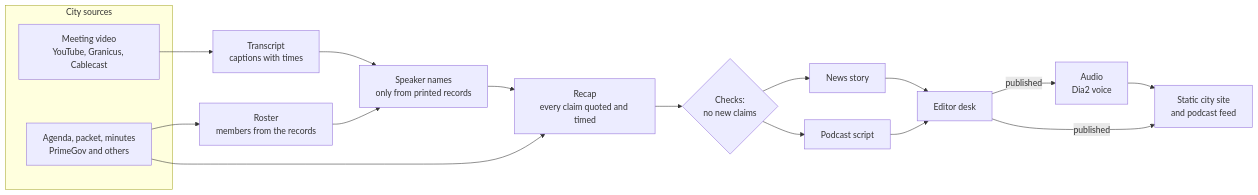
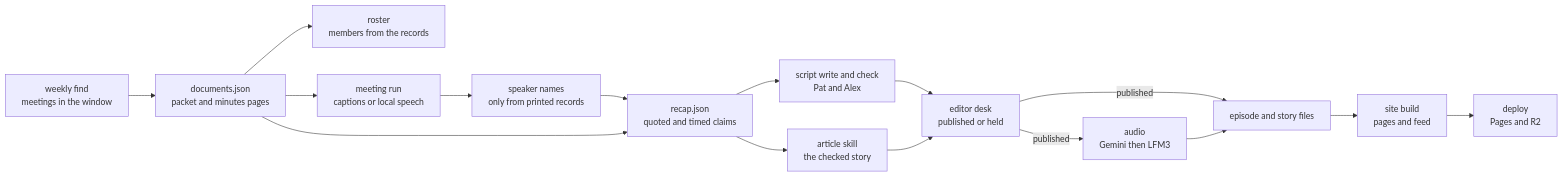
The second of 10 diagrams in docs/user-manual.md (scottconverse/civiccast-brief), drawn with Mermaid before and after one commit. The commit also changed other lines of this file and 14 other files, not shown here.

First line of the commit message:
docs: release 0.4.0 with updated manuals, diagrams and page (#139)

````diff
--- a/docs/user-manual.md
+++ b/docs/user-manual.md
@@ -312,21 +430,31 @@
 ```mermaid
 flowchart LR
-    subgraph Sources["City sources"]
-        V[Meeting video<br/>YouTube, Granicus, Cablecast]
-        D[Agenda, packet, minutes<br/>PrimeGov and others]
-    end
-    V --> T[Transcript<br/>captions with times]
-    D --> R2[Roster<br/>members from the records]
-    R2 --> S[Speaker names<br/>only from printed records]
-    T --> S
-    S --> RC[Recap<br/>every claim quoted and timed]
+    F["weekly find<br/>meetings in the window"]
+    D["documents.json<br/>packet and minutes pages"]
+    R["roster<br/>members from the records"]
+    M["meeting run<br/>captions or local speech"]
+    SP["speaker names<br/>only from printed records"]
+    RC["recap.json<br/>quoted and timed claims"]
+    SW["script write and check<br/>Pat and Alex"]
+    ST["article skill<br/>the checked story"]
+    DK["editor desk<br/>published or held"]
+    AU["audio<br/>Gemini then LFM3"]
+    EP["episode and story files"]
+    SI["site build<br/>pages and feed"]
+    DP["deploy<br/>Pages and R2"]
+    F --> D
+    D --> R
+    D --> M
+    M --> SP
+    SP --> RC
     D --> RC
-    RC --> CK{Checks:<br/>no new claims}
-    CK --> A[News story]
-    CK --> SC[Podcast script]
-    A --> DESK[Editor desk]
-    SC --> DESK
-    DESK -->|published| AU[Audio<br/>Dia2 voice]
-    DESK -->|published| SITE[Static city site<br/>and podcast feed]
-    AU --> SITE
+    RC --> SW
+    RC --> ST
+    SW --> DK
+    ST --> DK
+    DK -->|published| AU
+    DK -->|published| EP
+    AU --> EP
+    EP --> SI
+    SI --> DP
 ```
````
